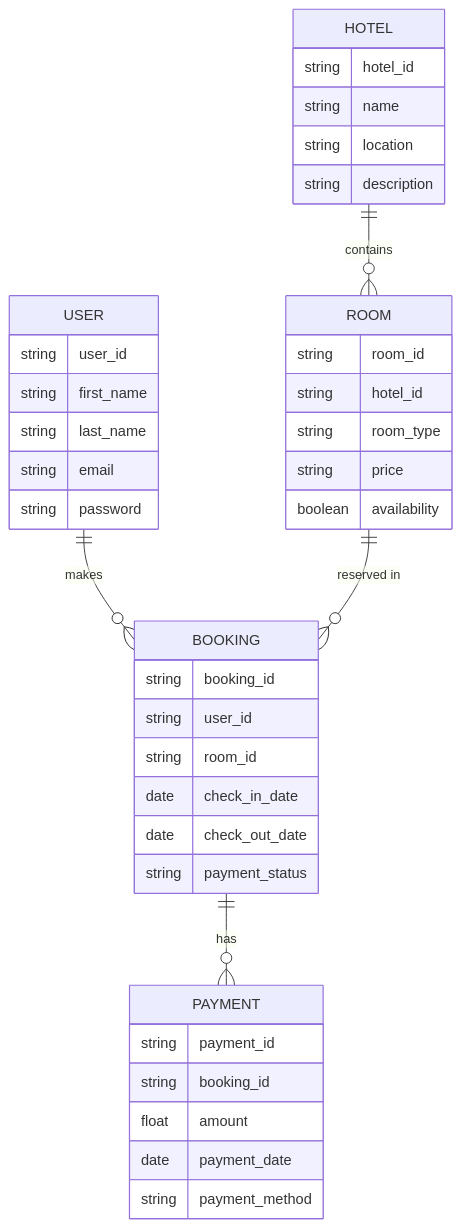
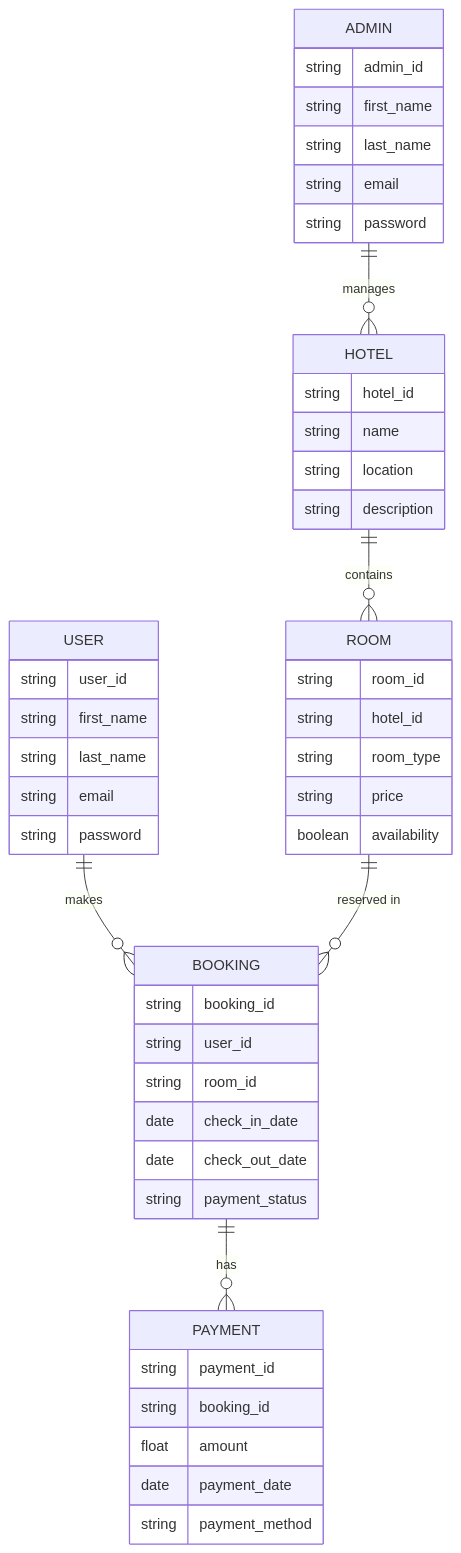
Before and after one commit to AbrahamKiplagat/Hotel: the diagram in README.md, drawn with Mermaid. The commit also changed other lines of this file, not shown here.

````diff
--- a/README.md
+++ b/README.md
@@ -42,47 +42,57 @@
 ```mermaid
 erDiagram
     USER {
         string user_id
+        string first_name
+        string last_name
+        string email
+        string password
+    }
+
+    ADMIN {
+        string admin_id
         string first_name
         string last_name
         string email
         string password
     }
 
     HOTEL {
         string hotel_id
         string name
         string location
         string description
     }
 
     ROOM {
         string room_id
         string hotel_id
         string room_type
         string price
         boolean availability
     }
 
     BOOKING {
         string booking_id
         string user_id
         string room_id
         date check_in_date
         date check_out_date
         string payment_status
     }
 
     PAYMENT {
         string payment_id
         string booking_id
         float amount
         date payment_date
         string payment_method
     }
 
     USER ||--o{ BOOKING : "makes"
     BOOKING ||--o{ PAYMENT : "has"
     HOTEL ||--o{ ROOM : "contains"
     ROOM ||--o{ BOOKING : "reserved in"
+    ADMIN ||--o{ HOTEL : "manages"
+
 ```
````
